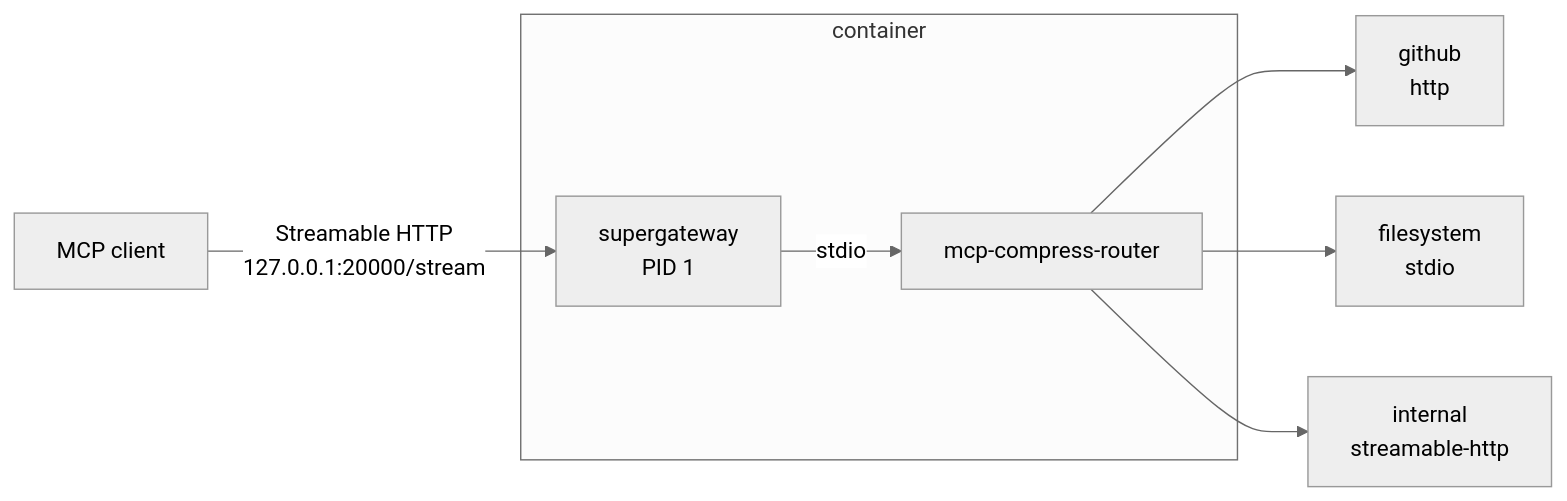
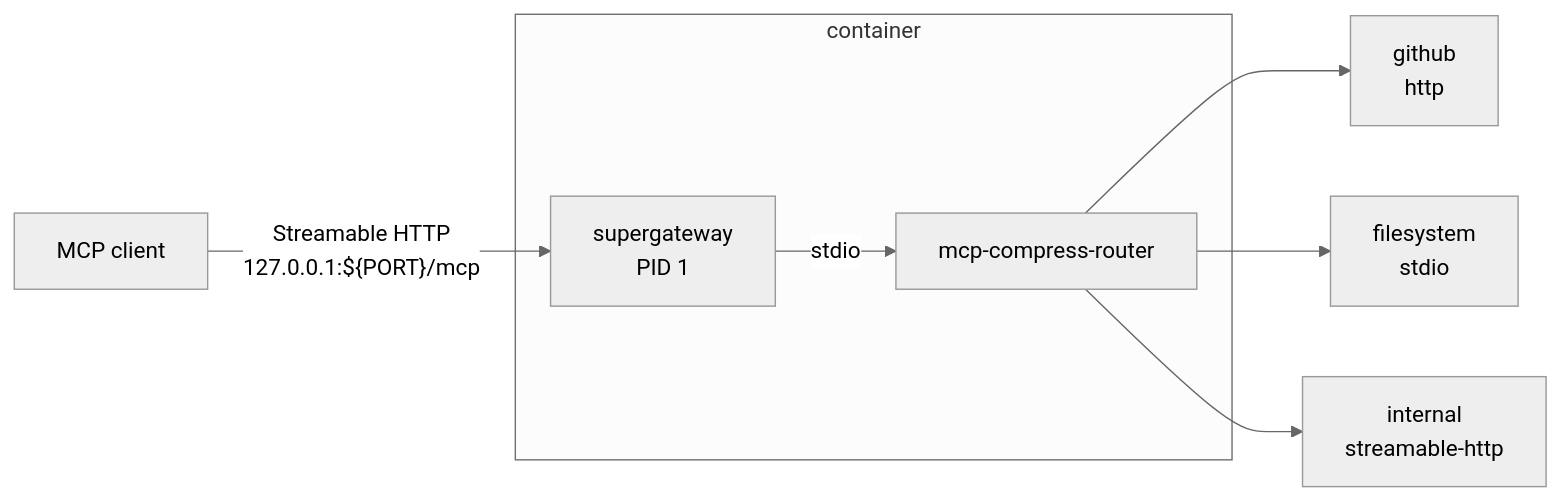
One commit to steelshot/mcp-aggregator changed the first of 3 diagrams in README.md. Above: the diagram before and after it, drawn with Mermaid (neutral theme). The commit also changed other lines of this file and 1 other file, not shown here.

Commit message:
chore(deps): bump `mcp-compress-router` version 1.5.4 and some tidying up (#2)

````diff
--- a/README.md
+++ b/README.md
@@ -9,19 +11,18 @@
 ```mermaid
 flowchart LR
-    client["MCP client"]
+	client["MCP client"]
 
-    subgraph container["container"]
-        sg["supergateway<br/>PID 1"]
-        router["mcp-compress-router"]
-        sg -->|stdio| router
-    end
+	subgraph container["container"]
+		sg["supergateway<br/>PID 1"]
+		router["mcp-compress-router"]
+		sg -->|stdio| router
+	end
 
-    gh["github<br/>http"]
-    fs["filesystem<br/>stdio"]
-    int["internal<br/>streamable-http"]
-
-    client -->|"Streamable HTTP<br/>127.0.0.1:20000/stream"| sg
-    router --> gh
-    router --> fs
-    router --> int
+	gh["github<br/>http"]
+	fs["filesystem<br/>stdio"]
+	int["internal<br/>streamable-http"]
+	client -->|" Streamable HTTP<br/>127.0.0.1:${PORT}/mcp "| sg
+	router --> gh
+	router --> fs
+	router --> int
 ```
````
